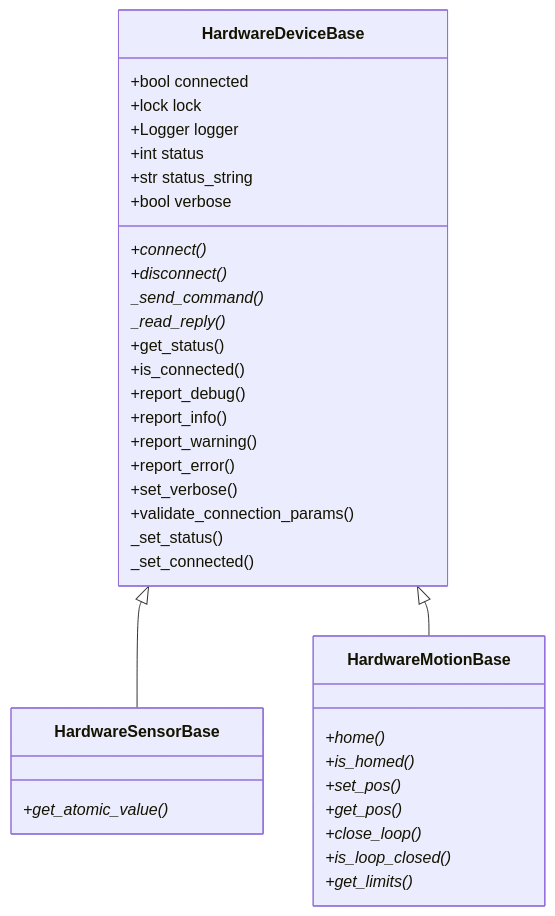
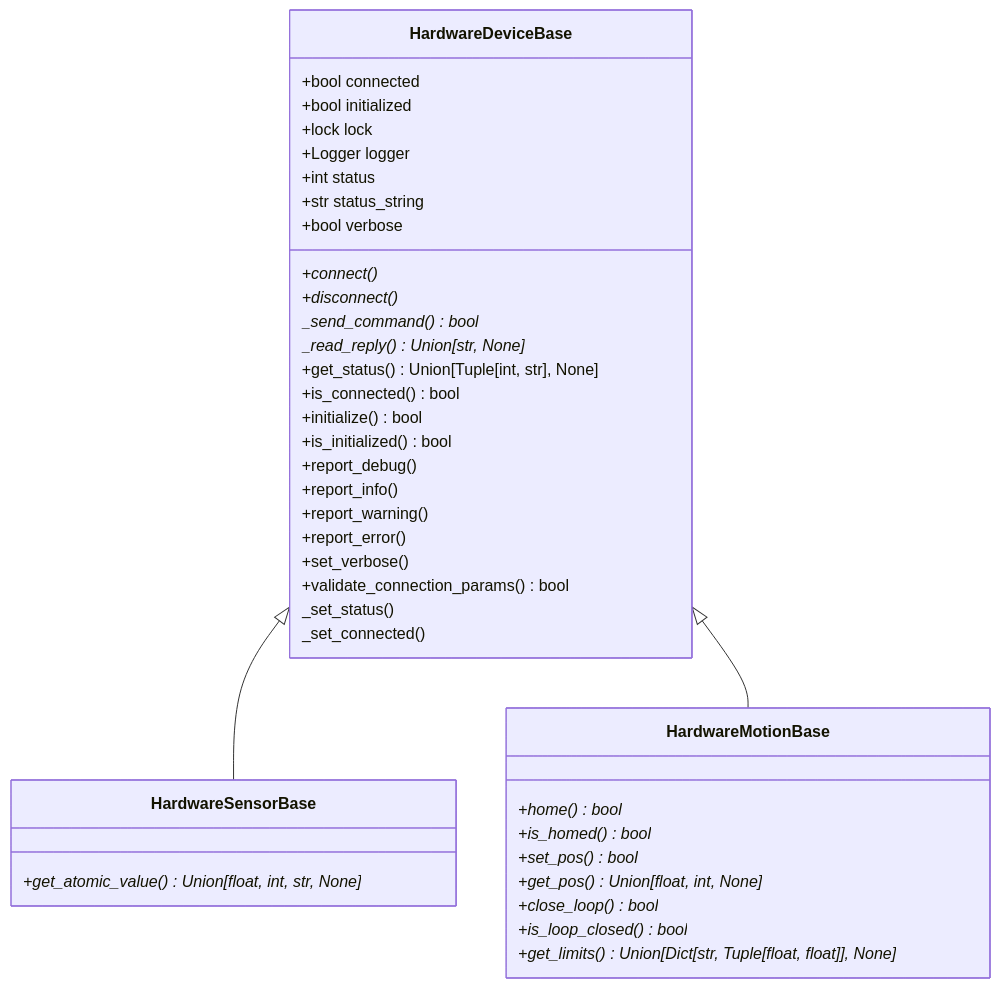
One commit to COO-Utilities/hardware_device_base changed the diagram in README.md. Above: the diagram before and after it, drawn with Mermaid. The commit also changed other lines of this file and 2 other files, not shown here.

Commit message:
Update README.md and add initialized attribute and initialize and is_initialized methods

````diff
--- a/README.md
+++ b/README.md
@@ -15,42 +16,45 @@
 ```mermaid
 classDiagram
     HardwareDeviceBase <|-- HardwareSensorBase
     HardwareDeviceBase <|-- HardwareMotionBase
     class HardwareDeviceBase {
         +bool connected
+        +bool initialized
         +lock lock
         +Logger logger
         +int status
         +str status_string
         +bool verbose
         +connect()*
         +disconnect()*
-        _send_command()*
-        _read_reply()*
-        +get_status()
-        +is_connected()
-        +report_debug()
+        _send_command()* bool
+        _read_reply()* Union[str, None]
+        +get_status() Union[Tuple[int, str], None]
+        +is_connected() bool
+        +initialize() bool
+        +is_initialized() bool
+        +report_debug() 
         +report_info()
         +report_warning()
         +report_error()
         +set_verbose()
-        +validate_connection_params()
-        _set_status()
+        +validate_connection_params() bool
+        _set_status() 
         _set_connected()
     }
 
     class HardwareSensorBase {
-        +get_atomic_value()*
+        +get_atomic_value()* Union[float, int, str, None]
     }
     
     class HardwareMotionBase {
-        +home()*
-        +is_homed()*
-        +set_pos()*
-        +get_pos()*
-        +close_loop()*
-        +is_loop_closed()*
-        +get_limits()*
+        +home()* bool
+        +is_homed()* bool
+        +set_pos()* bool
+        +get_pos()* Union[float, int, None]
+        +close_loop()* bool
+        +is_loop_closed()* bool
+        +get_limits()* Union[Dict[str, Tuple[float, float]], None]
     }
 
 ```
````
